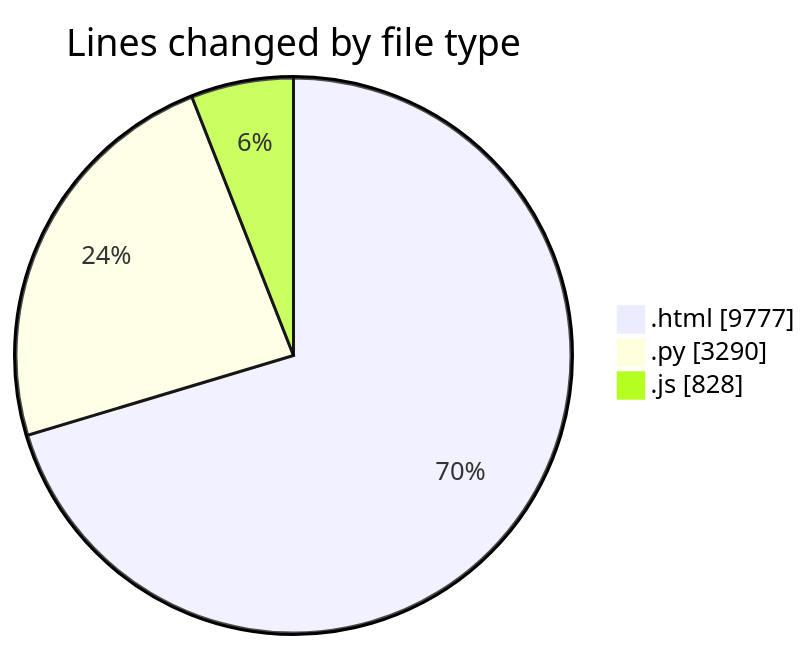
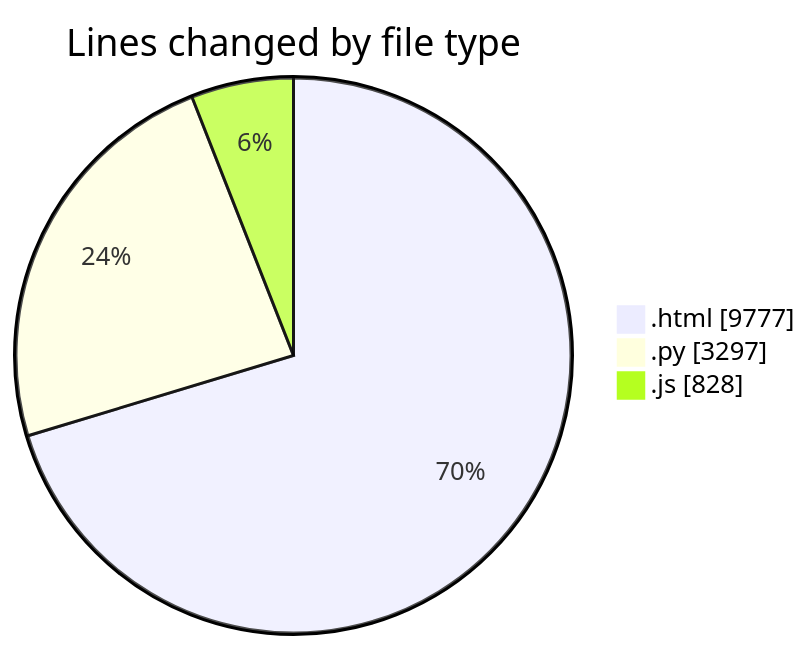
The first of 2 diagrams in 2026-07-12/untitled__workspace_/README.md (shibass792/code-tracking), drawn with Mermaid before and after one commit. The commit also changed other lines of this file and 1 other file, not shown here.

````diff
--- a/2026-07-12/untitled__workspace_/README.md
+++ b/2026-07-12/untitled__workspace_/README.md
@@ -28,7 +28,7 @@
 ```mermaid
 pie showData
 title Lines changed by file type
 ".html" : 9777
-".py" : 3290
+".py" : 3297
 ".js" : 828
 ```
````
